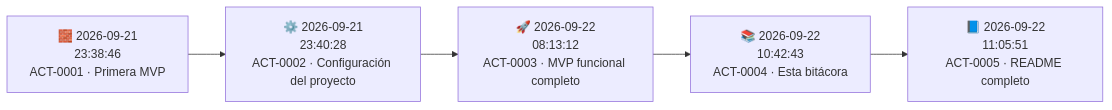
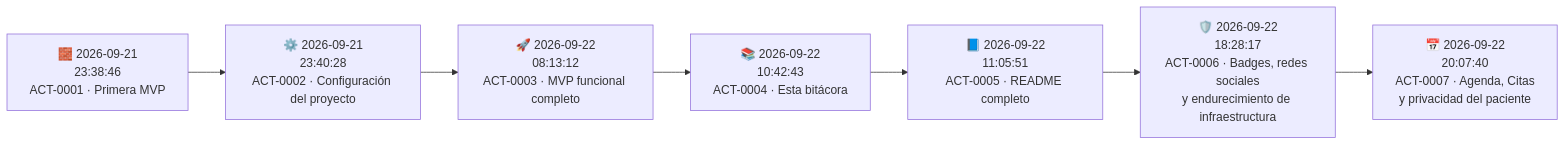
The second of 2 diagrams in Actualizaciones.md (merchandev/guiamedicamonagas), drawn with Mermaid before and after one commit. The commit also changed other lines of this file, not shown here.

First line of the commit message:
docs: log ACT-0006 and ACT-0007 in Actualizaciones.md

````diff
--- a/Actualizaciones.md
+++ b/Actualizaciones.md
@@ -104,10 +104,12 @@
 ```mermaid
 flowchart LR
     A[🧱 2026-09-21\n23:38:46\nACT-0001 · Primera MVP]
     B[⚙️ 2026-09-21\n23:40:28\nACT-0002 · Configuración del proyecto]
     C[🚀 2026-09-22\n08:13:12\nACT-0003 · MVP funcional completo]
     D[📚 2026-09-22\n10:42:43\nACT-0004 · Esta bitácora]
     E[📘 2026-09-22\n11:05:51\nACT-0005 · README completo]
+    F[🛡️ 2026-09-22\n18:28:17\nACT-0006 · Badges, redes sociales\ny endurecimiento de infraestructura]
+    G[📅 2026-09-22\n20:07:40\nACT-0007 · Agenda, Citas\ny privacidad del paciente]
 
-    A --> B --> C --> D --> E
+    A --> B --> C --> D --> E --> F --> G
 ```
````
